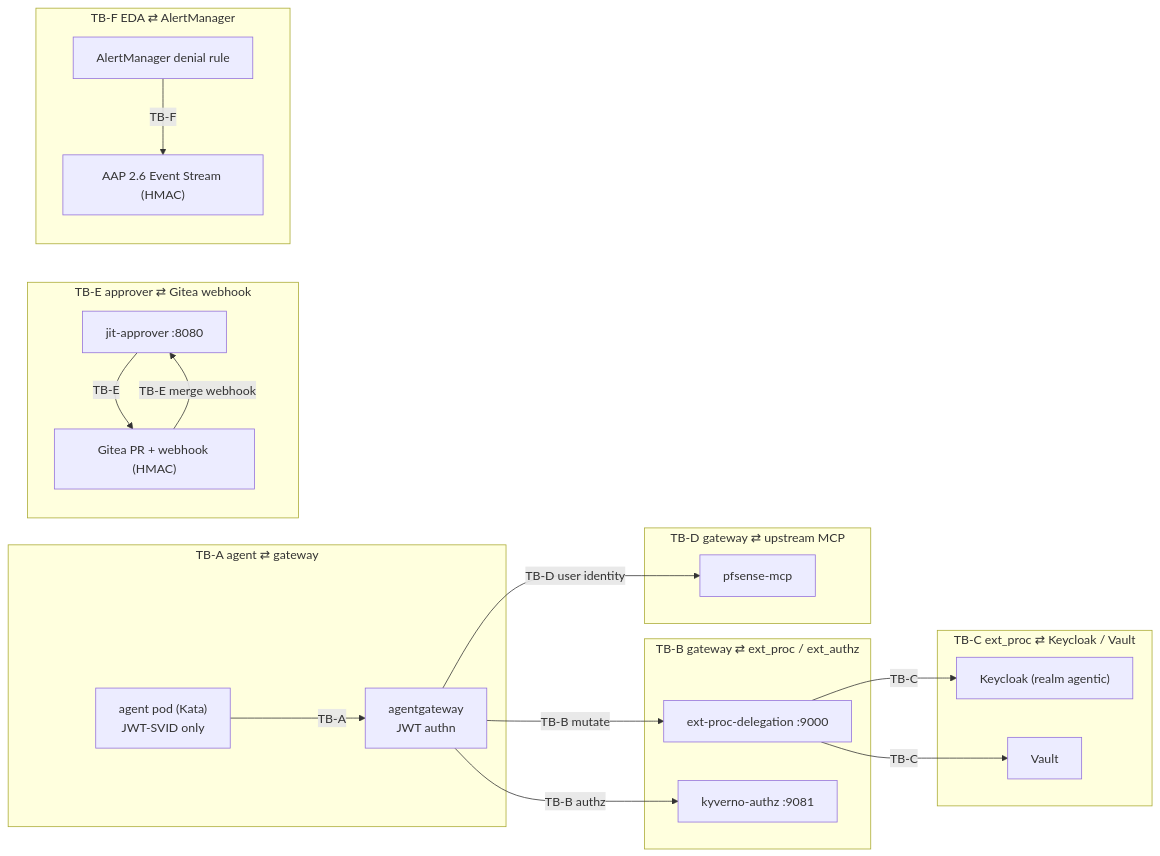
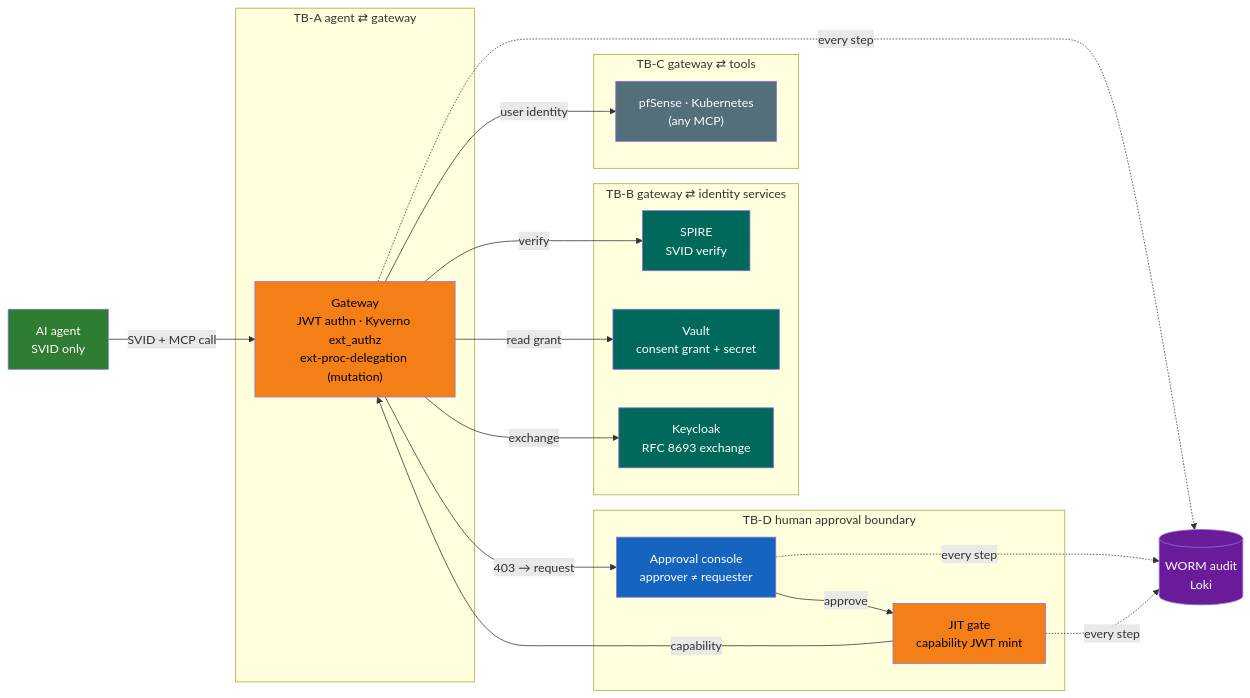
Before and after one commit to naeemarsalan/aegis-zero-trust-agentic: the diagram in docs/showroom/content/modules/ROOT/pages/11-security-model.adoc, drawn with Mermaid. The commit also changed other lines of this file and 24 other files, not shown here.

First line of the commit message:
docs(showroom): concise diagram-first rework for SA/presales/managers

```diff
--- a/docs/showroom/content/modules/ROOT/pages/11-security-model.adoc
+++ b/docs/showroom/content/modules/ROOT/pages/11-security-model.adoc
@@ -43,42 +11,43 @@
 [mermaid,target=trust-boundaries,format=svg]
 ....
 flowchart LR
-  subgraph TBA["TB-A  agent ⇄ gateway"]
-    AGENT["agent pod (Kata)\nJWT-SVID only"]
-    AGW["agentgateway\nJWT authn"]
+  classDef agent fill:#2e7d32,color:#fff
+  classDef gate fill:#f57f17,color:#000
+  classDef human fill:#1565c0,color:#fff
+  classDef id fill:#00695c,color:#fff
+  classDef tool fill:#546e7a,color:#fff
+  classDef audit fill:#6a1b9a,color:#fff
+
+  AGENT["AI agent<br/>SVID only"]:::agent
+
+  subgraph GW_BLOCK["TB-A  agent ⇄ gateway"]
+    GW["Gateway<br/>JWT authn · Kyverno ext_authz<br/>ext-proc-delegation (mutation)"]:::gate
   end
 
-  subgraph TBB["TB-B  gateway ⇄ ext_proc / ext_authz"]
-    EXTPROC["ext-proc-delegation :9000"]
-    KYV["kyverno-authz :9081"]
+  subgraph ID_BLOCK["TB-B  gateway ⇄ identity services"]
+    SPIRE["SPIRE<br/>SVID verify"]:::id
+    VAULT["Vault<br/>consent grant + secret"]:::id
+    KC["Keycloak<br/>RFC 8693 exchange"]:::id
   end
 
-  subgraph TBC["TB-C  ext_proc ⇄ Keycloak / Vault"]
-    KC["Keycloak (realm agentic)"]
-    VAULT["Vault"]
+  subgraph TOOL_BLOCK["TB-C  gateway ⇄ tools"]
+    TOOLS["pfSense · Kubernetes<br/>(any MCP)"]:::tool
   end
 
-  subgraph TBD["TB-D  gateway ⇄ upstream MCP"]
-    PF["pfsense-mcp"]
+  subgraph HUMAN_BLOCK["TB-D  human approval boundary"]
+    CON["Approval console<br/>approver ≠ requester"]:::human
+    JIT["JIT gate<br/>capability JWT mint"]:::gate
   end
 
-  subgraph TBE["TB-E  approver ⇄ Gitea webhook"]
-    JIT["jit-approver :8080"]
-    GITEA["Gitea PR + webhook (HMAC)"]
-  end
+  AUD[("WORM audit<br/>Loki")]:::audit
 
-  subgraph TBF["TB-F  EDA ⇄ AlertManager"]
-    AM["AlertManager denial rule"]
-    AAP["AAP 2.6 Event Stream (HMAC)"]
-  end
-
-  AGENT -->|"TB-A"| AGW
-  AGW -->|"TB-B authz"| KYV
-  AGW -->|"TB-B mutate"| EXTPROC
-  EXTPROC -->|"TB-C"| KC
-  EXTPROC -->|"TB-C"| VAULT
-  AGW -->|"TB-D user identity"| PF
-  JIT -->|"TB-E"| GITEA
-  GITEA -->|"TB-E merge webhook"| JIT
-  AM -->|"TB-F"| AAP
+  AGENT -->|"SVID + MCP call"| GW
+  GW -->|"verify"| SPIRE
+  GW -->|"read grant"| VAULT
+  GW -->|"exchange"| KC
+  GW -->|"user identity"| TOOLS
+  GW -->|"403 → request"| CON
+  CON -->|"approve"| JIT
+  JIT -->|"capability"| GW
+  GW & CON & JIT -.->|"every step"| AUD
 ....
```
